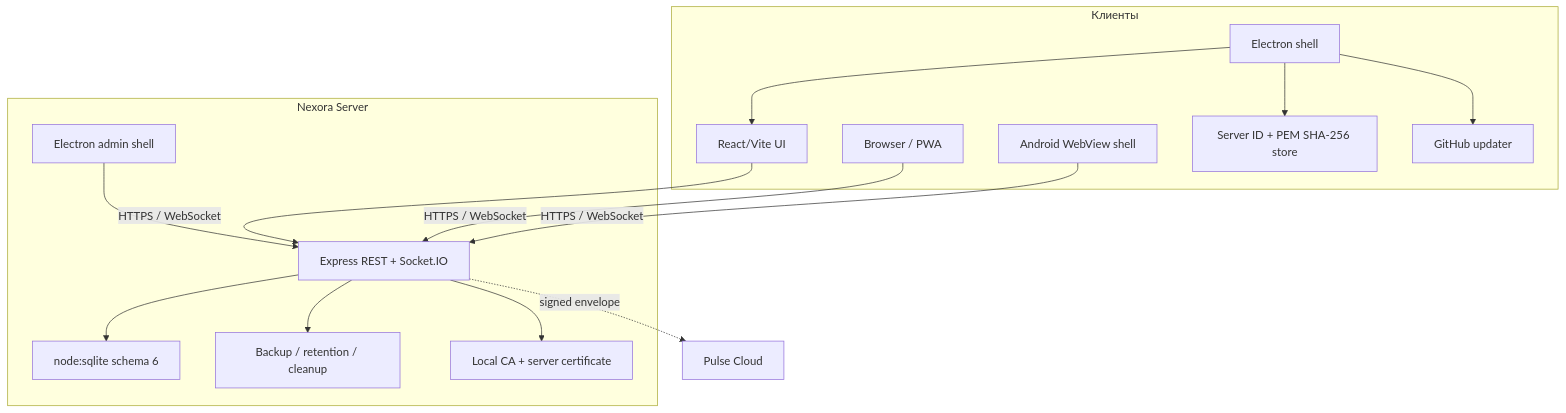
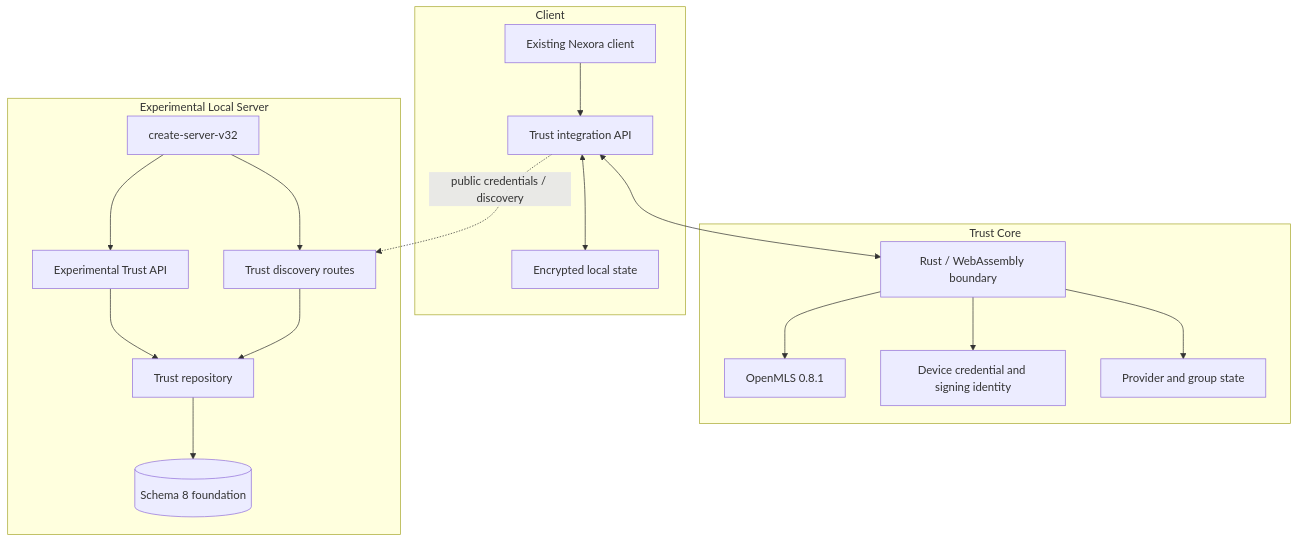
The diagram in docs/ARCHITECTURE.md (Onmaynec/Nexora), drawn with Mermaid before and after one commit. The commit also changed other lines of this file, not shown here.

Commit message:
docs: describe Trust Core foundation architecture

````diff
--- a/docs/ARCHITECTURE.md
+++ b/docs/ARCHITECTURE.md
@@ -5,29 +7,36 @@
 ```mermaid
 flowchart TB
-  subgraph Клиенты
-    ES[Electron shell]
-    UI[React/Vite UI]
-    PWA[Browser / PWA]
-    AND[Android WebView shell]
-    PIN[Server ID + PEM SHA-256 store]
-    UP[GitHub updater]
-    ES --> UI
-    ES --> PIN
-    ES --> UP
+  subgraph Client
+    APP[Existing Nexora client]
+    API[Trust integration API]
+    ENC[Encrypted local state]
+    APP --> API
+    API <--> ENC
   end
-  subgraph Nexora Server
-    AS[Electron admin shell]
-    API[Express REST + Socket.IO]
-    STORE[node:sqlite schema 6]
-    MAINT[Backup / retention / cleanup]
-    CERT[Local CA + server certificate]
-    AS --> API
-    API --> STORE
-    API --> MAINT
-    API --> CERT
+
+  subgraph Trust Core
+    WASM[Rust / WebAssembly boundary]
+    MLS[OpenMLS 0.8.1]
+    ID[Device credential and signing identity]
+    STATE[Provider and group state]
+    WASM --> MLS
+    WASM --> ID
+    WASM --> STATE
   end
-  UI -->|HTTPS / WebSocket| API
-  PWA -->|HTTPS / WebSocket| API
-  AND -->|HTTPS / WebSocket| API
-  API -. signed envelope .-> CLOUD[Pulse Cloud]
+
+  subgraph Experimental Local Server
+    V32[create-server-v32]
+    DISC[Trust discovery routes]
+    V4[Experimental Trust API]
+    REPO[Trust repository]
+    S8[(Schema 8 foundation)]
+    V32 --> DISC
+    V32 --> V4
+    DISC --> REPO
+    V4 --> REPO
+    REPO --> S8
+  end
+
+  API <--> WASM
+  API -. public credentials / discovery .-> DISC
 ```
````
